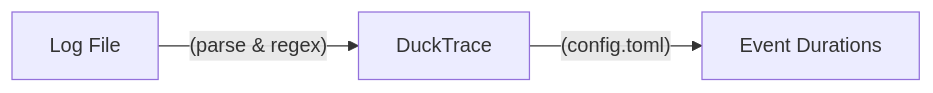
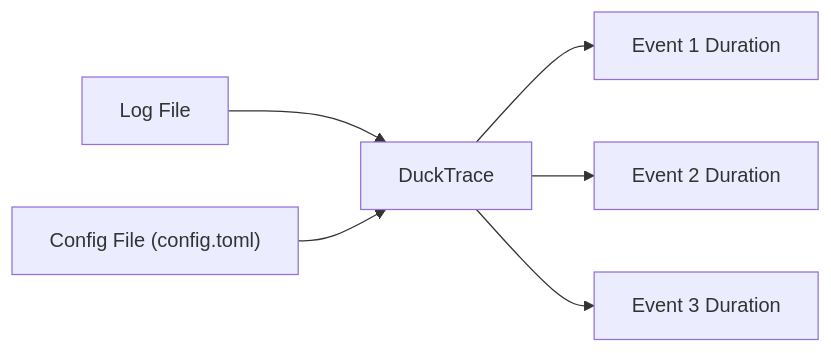
Before and after one commit to shrsv/ducktrace: the diagram in README.md, drawn with Mermaid.

Commit message:
fix ducktrace diagram

````diff
--- a/README.md
+++ b/README.md
@@ -10,5 +10,8 @@
 ```mermaid
 flowchart LR
-    A[Log File] --(parse & regex)--> B[DuckTrace]
-    B --(config.toml)--> C[Event Durations]
+    A[Log File] --> B[DuckTrace]
+    D["Config File (config.toml)"] --> B
+    B --> C1[Event 1 Duration]
+    B --> C2[Event 2 Duration]
+    B --> C3[Event 3 Duration]
 ```
````
